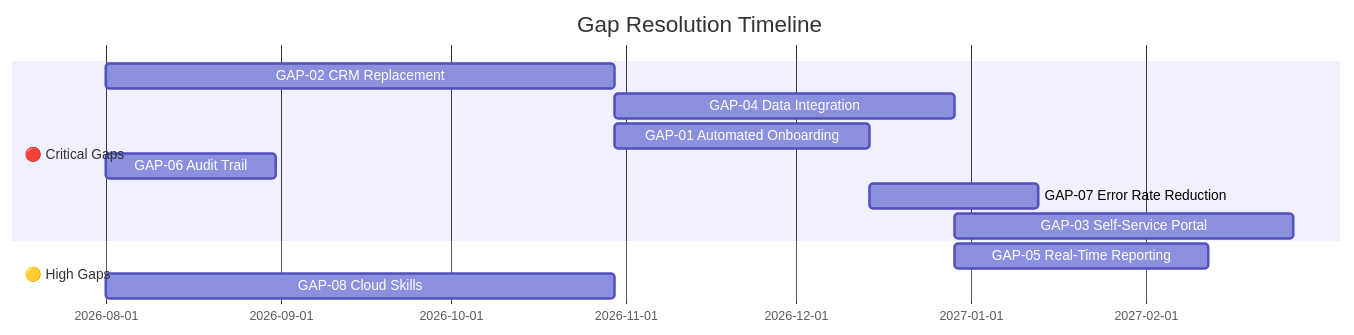
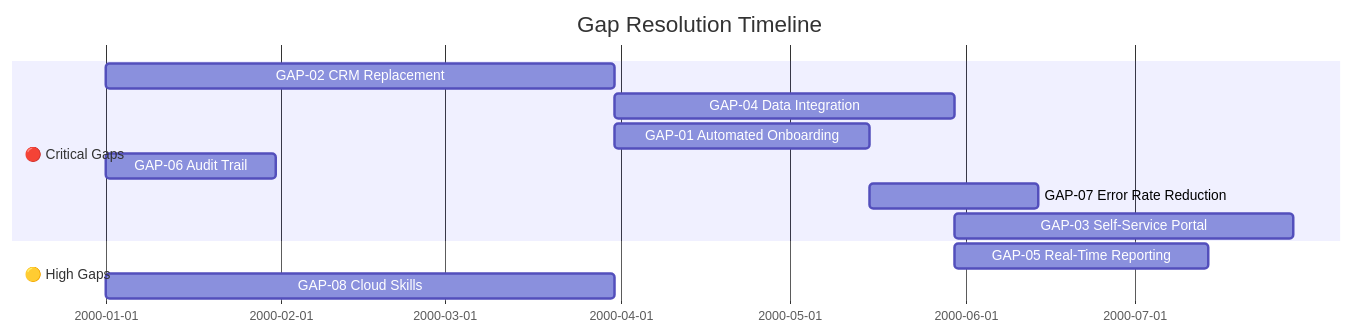
One commit to oat431/swe-knowledge changed the first of 3 diagrams in document-template/01_Business_Analysis_and_strategy/Gap-Analysis.md. Above: the diagram before and after it, drawn with Mermaid. The commit also changed 56 other files, not shown here.

````diff
--- a/document-template/01_Business_Analysis_and_strategy/Gap-Analysis.md
+++ b/document-template/01_Business_Analysis_and_strategy/Gap-Analysis.md
@@ -198,15 +198,16 @@
 ```mermaid
 gantt
     title Gap Resolution Timeline
     dateFormat YYYY-MM-DD
+    %% Placeholder schedule: base 2000-01-01 = project start; recompute real dates when instantiating
     section 🔴 Critical Gaps
-    GAP-02 CRM Replacement       :a1, 2026-08-01, 90d
+    GAP-02 CRM Replacement       :a1, 2000-01-01, 90d
     GAP-04 Data Integration      :a2, after a1, 60d
     GAP-01 Automated Onboarding  :a3, after a1, 45d
-    GAP-06 Audit Trail           :a4, 2026-08-01, 30d
+    GAP-06 Audit Trail           :a4, 2000-01-01, 30d
     GAP-07 Error Rate Reduction  :a5, after a3, 30d
     GAP-03 Self-Service Portal   :a6, after a2, 60d
     section 🟡 High Gaps
     GAP-05 Real-Time Reporting   :b1, after a2, 45d
-    GAP-08 Cloud Skills          :b2, 2026-08-01, 90d
+    GAP-08 Cloud Skills          :b2, 2000-01-01, 90d
 ```
````
